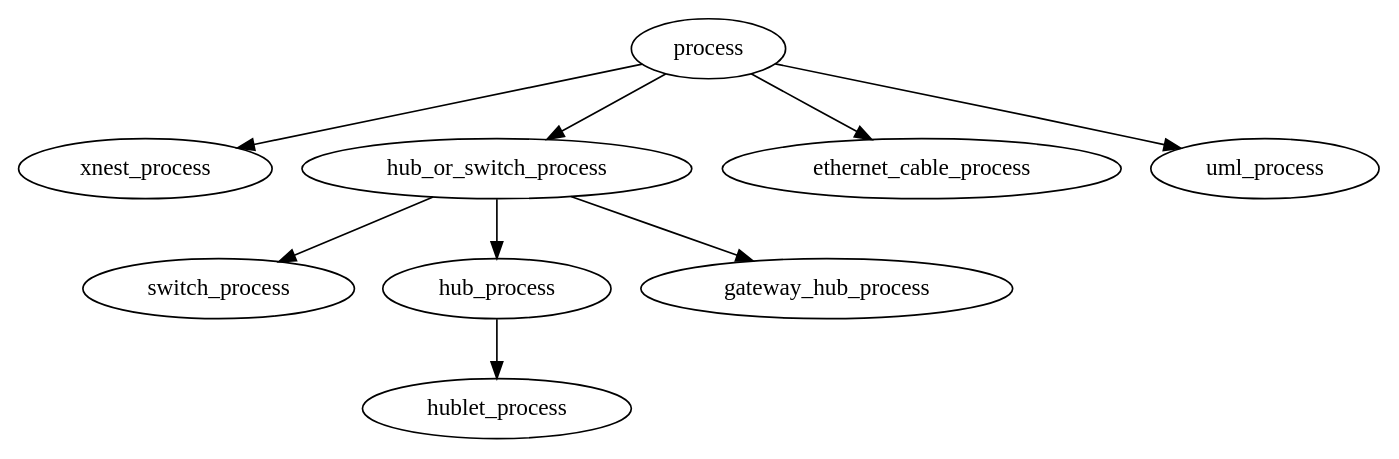
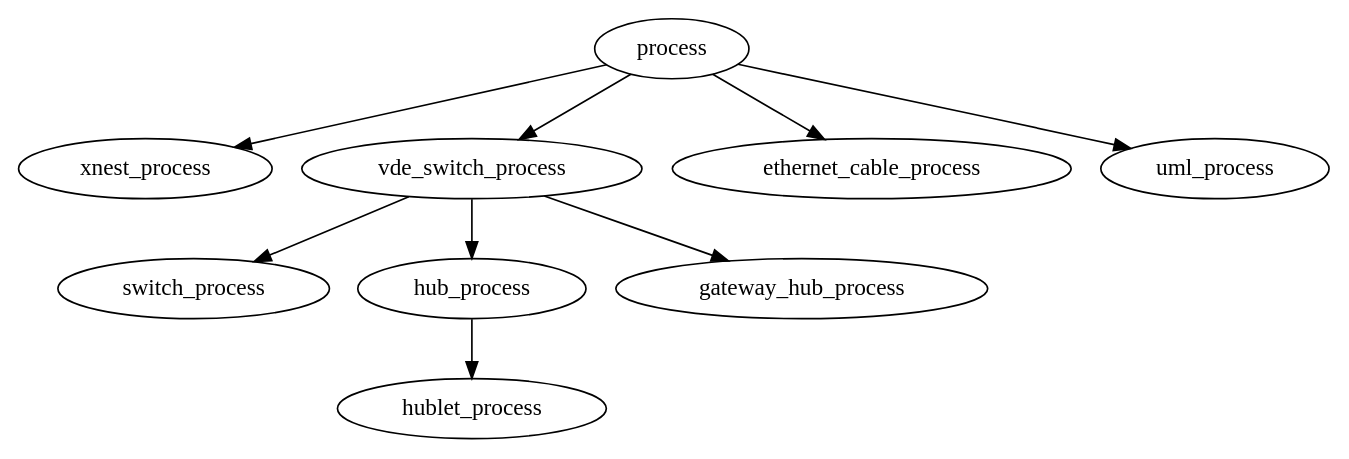
The diagram in doc-src/img-src/class_process.dot (Kakadu/marionnet), drawn with Graphviz before and after one commit. The commit also changed 4 other files, not shown here.

```diff
--- a/doc-src/img-src/class_process.dot
+++ b/doc-src/img-src/class_process.dot
@@ -1,11 +1,11 @@
 digraph device_automaton {
                process
                process -> xnest_process 
-               process -> hub_or_switch_process
-               hub_or_switch_process -> switch_process
-               hub_or_switch_process -> hub_process
+               process -> vde_switch_process
+               vde_switch_process -> switch_process
+               vde_switch_process -> hub_process
                hub_process -> hublet_process
-               hub_or_switch_process -> gateway_hub_process
+               vde_switch_process -> gateway_hub_process
                process -> ethernet_cable_process
                process -> uml_process
 }
```
